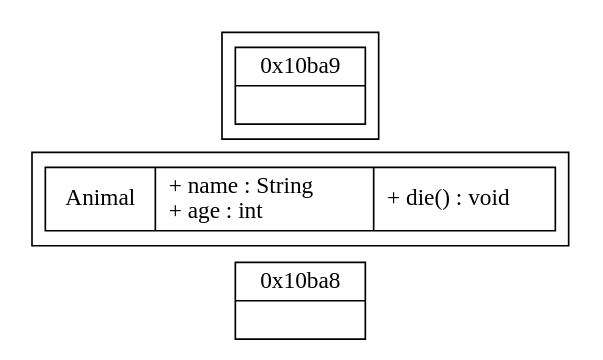
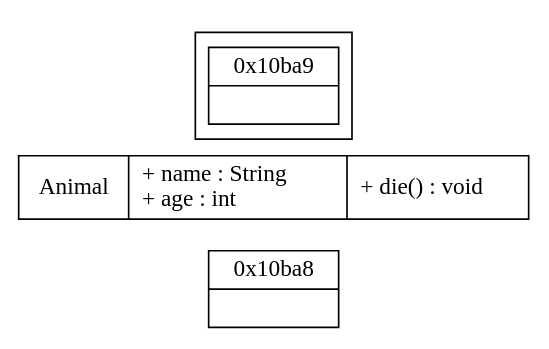
One commit to sisyphus1212/note changed the diagram in dpdk/内存管理.md. Above: the diagram before and after it, drawn with Graphviz.

Commit message:
auto_update

````diff
--- a/dpdk/内存管理.md
+++ b/dpdk/内存管理.md
@@ -16,20 +16,21 @@
 ```graphviz
 digraph {
 	rankdir=LR;
 	"node0" [
 		label = "0x10ba8| <f1>"
 		shape = "record"
 	];
 	subgraph cluster_0 {
-		Animal[label = "{Animal | + name : String\l+ age : int\l |+ die() : void\l}", shape = "record" ];
+
 	}
+	Animal[label = "{Animal | + name : String\l+ age : int\l |+ die() : void\l}", shape = "record" ];
 	subgraph cluster_1 {
 		"node1" [
 			label = "0x10ba9| <f1>"
 			shape = "record"
 		];
 	}
 }
 
 
 ```
````
